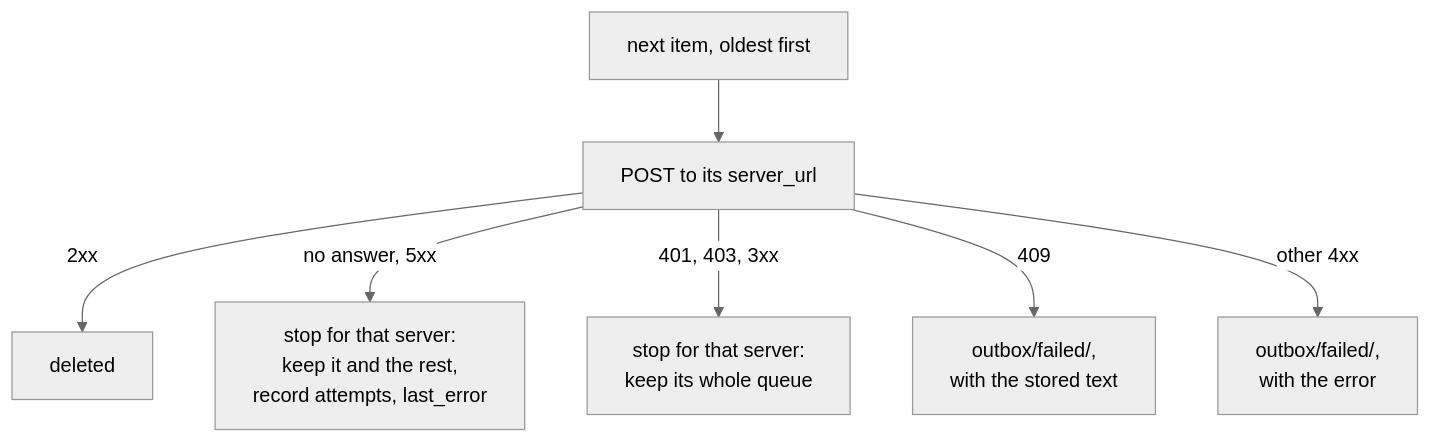
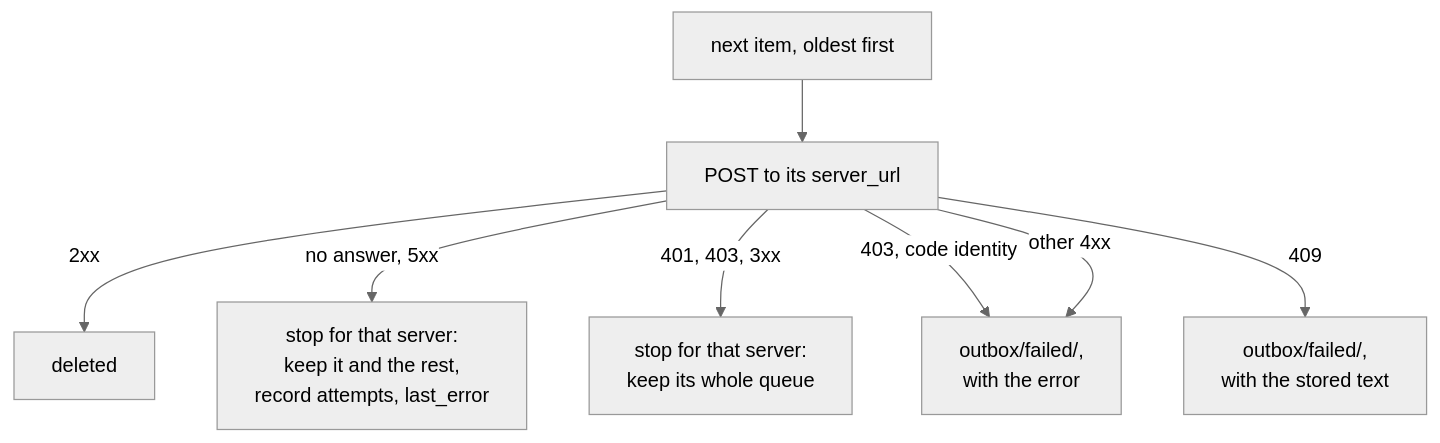
The second of 7 diagrams in docs/server.md (roune/agent-memory), drawn with Mermaid (neutral theme) before and after one commit. The commit also changed other lines of this file and 9 other files, not shown here.

````diff
--- a/docs/server.md
+++ b/docs/server.md
@@ -86,9 +89,10 @@
 ```mermaid
 flowchart TD
   item["next item, oldest first"] --> send["POST to its server_url"]
   send -- "2xx" --> gone["deleted"]
   send -- "no answer, 5xx" --> stop["stop for that server:<br/>keep it and the rest,<br/>record attempts, last_error"]
   send -- "401, 403, 3xx" --> keep["stop for that server:<br/>keep its whole queue"]
+  send -- "403, code identity" --> failed
   send -- "409" --> failed409["outbox/failed/,<br/>with the stored text"]
   send -- "other 4xx" --> failed["outbox/failed/,<br/>with the error"]
 ```
````
